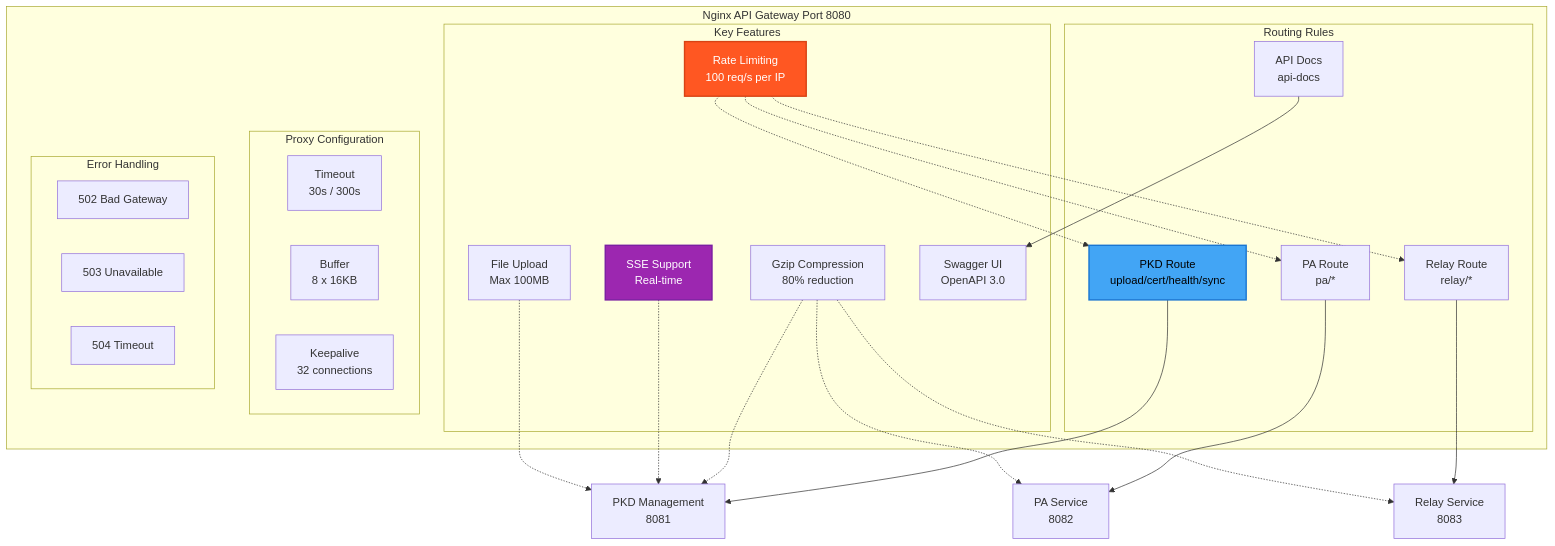
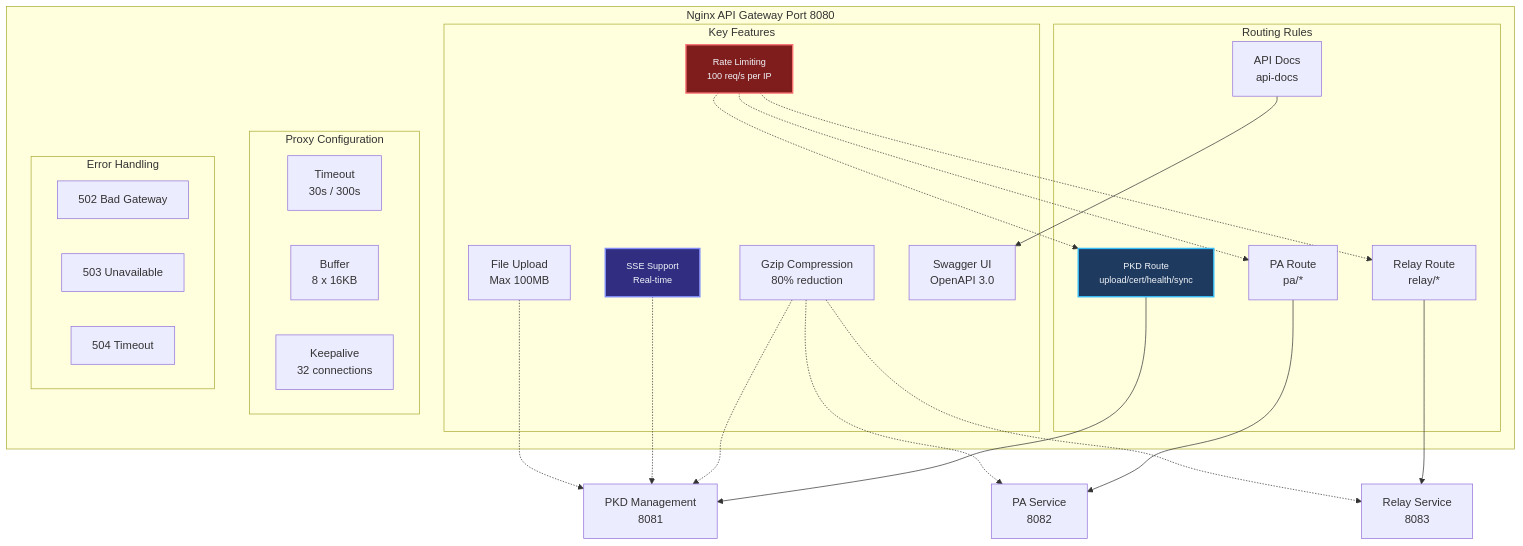
Before and after one commit to iland112/icao-local-pkd-cpp: the ninth of 17 diagrams in docs/ARCHITECTURE.md, drawn with Mermaid. The commit also changed other lines of this file and 27 other files, not shown here.

````diff
--- a/docs/ARCHITECTURE.md
+++ b/docs/ARCHITECTURE.md
@@ -900,51 +1078,51 @@
 ```mermaid
 graph TB
     subgraph Gateway["Nginx API Gateway Port 8080"]
         subgraph Routes["Routing Rules"]
             Route1["PKD Route<br/>upload/cert/health/sync"]
             Route2["PA Route<br/>pa/*"]
             Route3["Relay Route<br/>relay/*"]
             Route4["API Docs<br/>api-docs"]
         end
 
         subgraph Features["Key Features"]
             RateLimit["Rate Limiting<br/>100 req/s per IP"]
             Gzip["Gzip Compression<br/>80% reduction"]
             SSE["SSE Support<br/>Real-time"]
             Upload["File Upload<br/>Max 100MB"]
             Swagger["Swagger UI<br/>OpenAPI 3.0"]
         end
 
         subgraph Proxy["Proxy Configuration"]
             Timeout["Timeout<br/>30s / 300s"]
             Buffer["Buffer<br/>8 x 16KB"]
             Keepalive["Keepalive<br/>32 connections"]
         end
 
         subgraph Errors["Error Handling"]
             Error502["502 Bad Gateway"]
             Error503["503 Unavailable"]
             Error504["504 Timeout"]
         end
     end
 
     Route1 --> PKD["PKD Management<br/>8081"]
     Route2 --> PA["PA Service<br/>8082"]
     Route3 --> RelaySvc["Relay Service<br/>8083"]
     Route4 --> Swagger
 
     RateLimit -.-> Route1
     RateLimit -.-> Route2
     RateLimit -.-> Route3
 
     Gzip -.-> PKD
     Gzip -.-> PA
     Gzip -.-> RelaySvc
 
     SSE -.-> PKD
     Upload -.-> PKD
 
-    style Route1 fill:#42A5F5,stroke:#1976D2,stroke-width:2px,color:#000
-    style RateLimit fill:#FF5722,stroke:#D84315,stroke-width:2px,color:#fff
-    style SSE fill:#9C27B0,stroke:#7B1FA2,stroke-width:2px,color:#fff
+    style Route1 fill:#1e3a5f,stroke:#38bdf8,stroke-width:2px,color:#f1f5f9,font-size:13px
+    style RateLimit fill:#7f1d1d,stroke:#f87171,stroke-width:2px,color:#f1f5f9,font-size:13px
+    style SSE fill:#312e81,stroke:#818cf8,stroke-width:2px,color:#f1f5f9,font-size:13px
 ```
````
